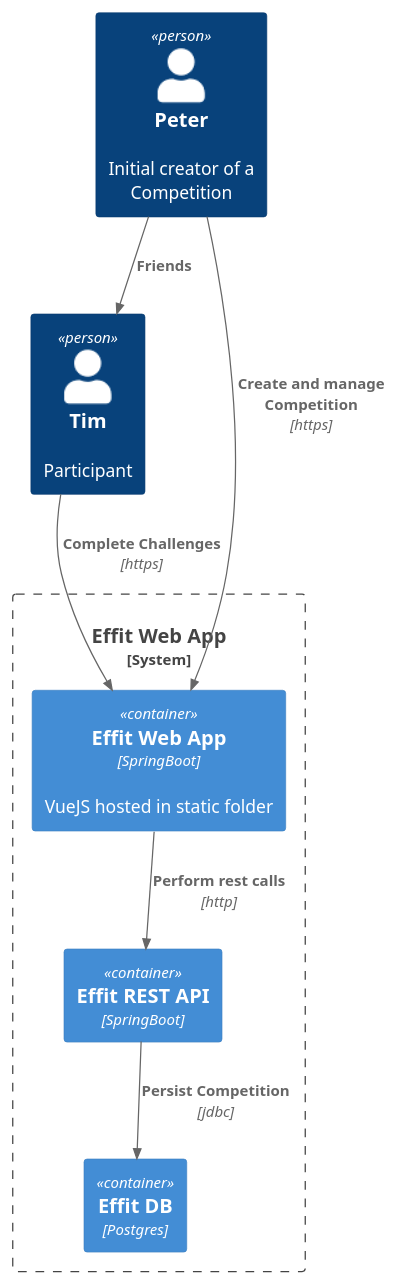
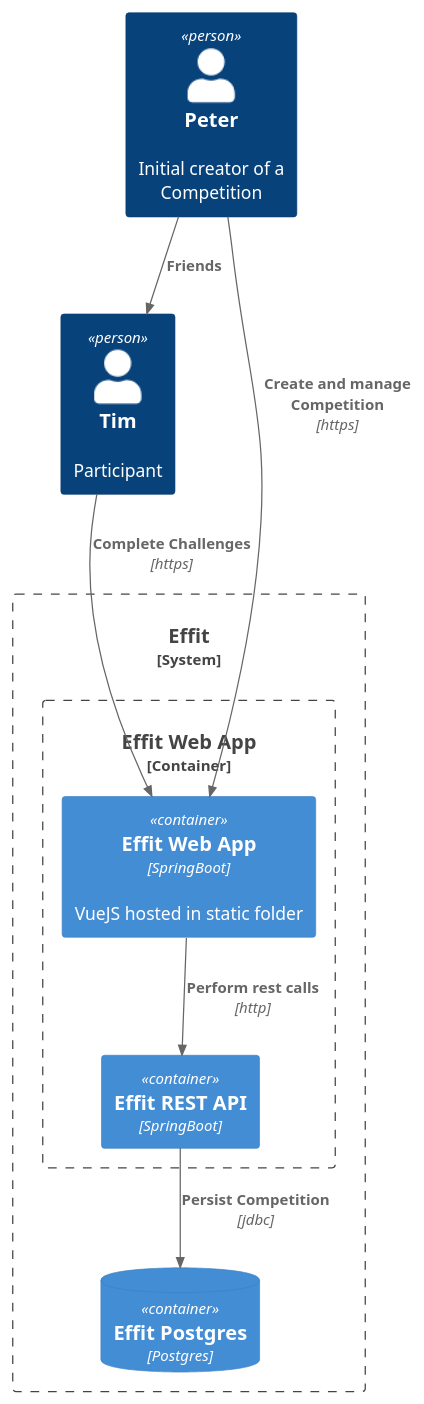
The diagram in docs/diagrams/src/C4Diagrams.puml (SoftwareSandbox/effit-challenge), drawn with PlantUML before and after one commit. The commit also changed 4 other files, not shown here.

Commit message:
Changed ContainerDiagram + added Flow diagram

```diff
--- a/docs/diagrams/src/C4Diagrams.puml
+++ b/docs/diagrams/src/C4Diagrams.puml
@@ -1,18 +1,20 @@
 @startuml C4_ContainerDiagram
 !include ../style/C4_container.puml
 
 Person(peter, "Peter", "Initial creator of a Competition")
 Person(tim, "Tim", "Participant")
-System_Boundary(effit, "Effit Web App") {
-    Container(springBootUi, "Effit Web App", "SpringBoot", "VueJS hosted in static folder")
-    Container(springBootRest, "Effit REST API", "SpringBoot")
-    Container(db, "Effit DB", "Postgres")
+System_Boundary(effit, "Effit") {
+    Container_Boundary(effitWebApp, "Effit Web App") {
+        Container(springBootUi, "Effit Web App", "SpringBoot", "VueJS hosted in static folder")
+        Container(springBootRest, "Effit REST API", "SpringBoot")
+    }
+    ContainerDb(db, "Effit Postgres", "Postgres")
 }
 
 Rel(peter, tim, "Friends")
 Rel(peter, springBootUi, "Create and manage Competition", "https")
 Rel(tim, springBootUi, "Complete Challenges", "https")
 Rel(springBootRest, db, "Persist Competition", "jdbc")
 Rel(springBootUi, springBootRest, "Perform rest calls", "http")
 
 @enduml
```
